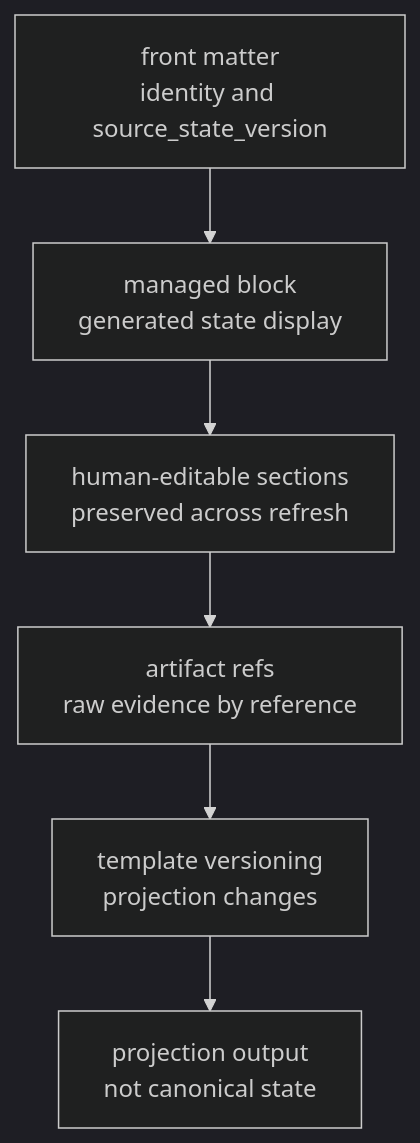
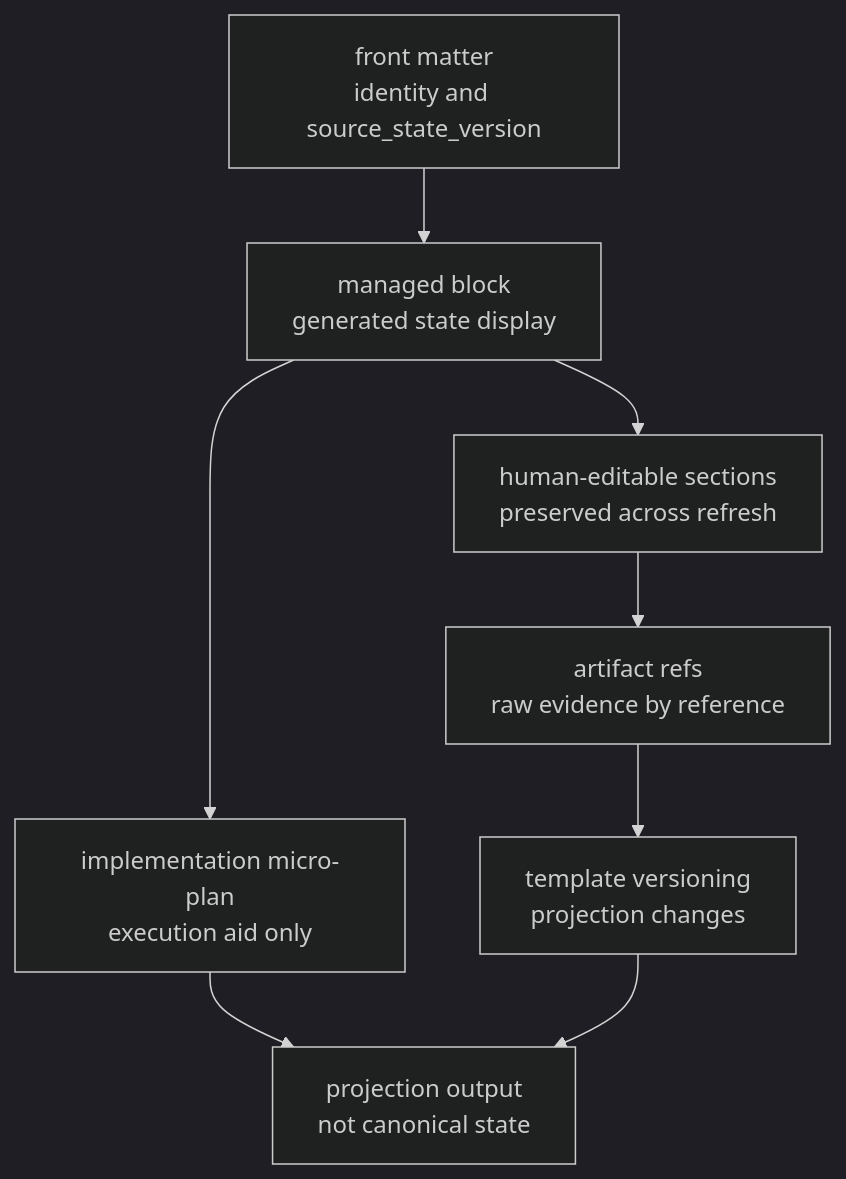
One commit to minjungw00/Harness_Project changed the first of 6 diagrams in docs/en/appendix/A-template-library.md. Above: the diagram before and after it, drawn with Mermaid (dark theme). The commit also changed other lines of this file and 7 other files, not shown here.

Commit message:
docs: add projection-only implementation micro-plan section

````diff
--- a/docs/en/appendix/A-template-library.md
+++ b/docs/en/appendix/A-template-library.md
@@ -21,8 +21,10 @@
 ```mermaid
 flowchart TD
   FrontMatter["front matter<br/>identity and source_state_version"] --> Managed["managed block<br/>generated state display"]
+  Managed --> MicroPlan["implementation micro-plan<br/>execution aid only"]
   Managed --> Human["human-editable sections<br/>preserved across refresh"]
   Human --> Artifacts["artifact refs<br/>raw evidence by reference"]
   Artifacts --> Versioning["template versioning<br/>projection changes"]
+  MicroPlan --> Boundary
   Versioning --> Boundary["projection output<br/>not canonical state"]
 ```
````
